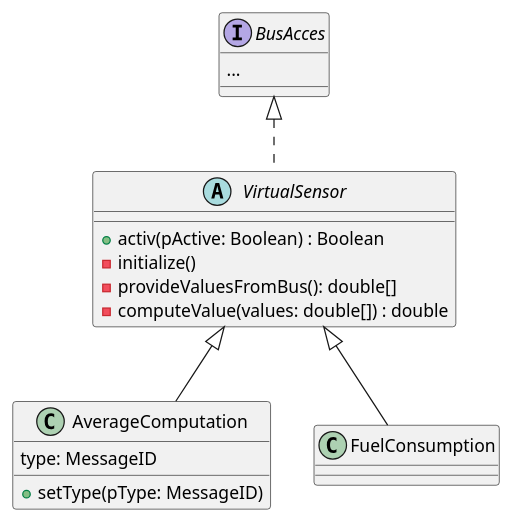
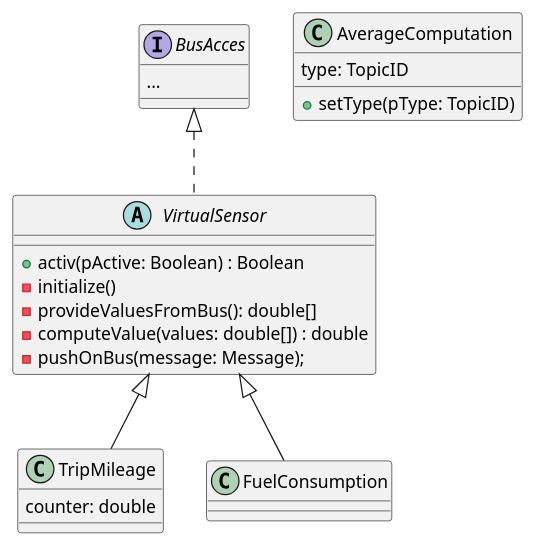
One commit to uzdry/PSE changed the diagram in Entwurf/diagrams/VirtualSensors.wsd. Above: the diagram before and after it, drawn with PlantUML.

```diff
--- a/Entwurf/diagrams/VirtualSensors.wsd
+++ b/Entwurf/diagrams/VirtualSensors.wsd
@@ -3,25 +3,31 @@
 @startuml
 
 interface BusAcces{
 	...
 }
 
 abstract class VirtualSensor {
 	+activ(pActive: Boolean) : Boolean
 	-initialize()
 	-provideValuesFromBus(): double[]
 	-computeValue(values: double[]) : double
+	-pushOnBus(message: Message);
 }
 
 class AverageComputation {
-	type: MessageID
-	+setType(pType: MessageID)
+	type: TopicID
+	+setType(pType: TopicID)
 }
 
+class TripMileage {
+	counter: double
+}
+
+
 VirtualSensor <|-- FuelConsumption
-VirtualSensor <|-- AverageComputation
+VirtualSensor <|-- TripMileage
 
 
 BusAcces <|.. VirtualSensor
 
 @enduml
```
